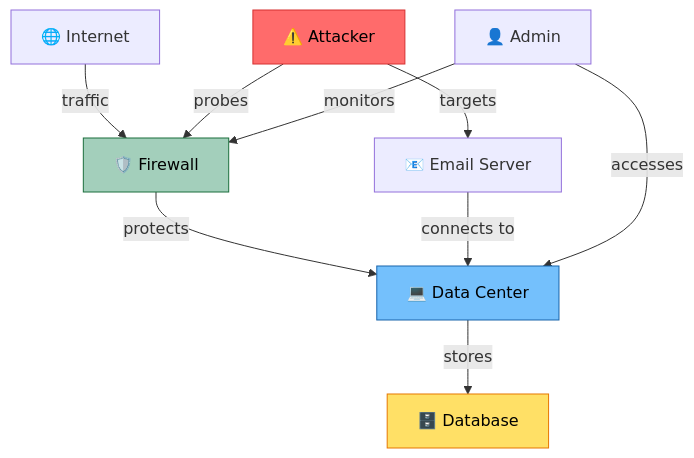
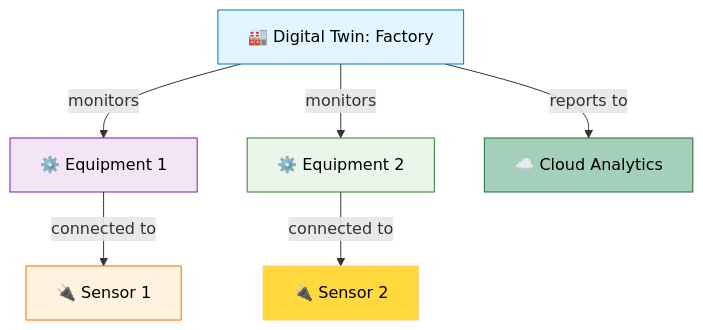
One commit to MicrosoftDocs/dataexplorer-docs changed the third of 4 diagrams in data-explorer/graph-overview.md. Above: the diagram before and after it, drawn with Mermaid. The commit also changed other lines of this file, not shown here.

Commit message:
Revise graph overview documentation: enhance clarity and examples for graph semantics in Kusto

````diff
--- a/data-explorer/graph-overview.md
+++ b/data-explorer/graph-overview.md
@@ -129,16 +93,15 @@
 ```mermaid
 graph TD
-	FW[🛡️ Firewall] -->|protects| DC[💻 Data Center]
-	INT[🌐 Internet] -->|traffic| FW
-	DC -->|stores| DB[🗄️ Database]
-	EM[📧 Email Server] -->|connects to| DC
-	ATT[⚠️ Attacker] -->|probes| FW
-	ATT -->|targets| EM
-	US1[👤 Admin] -->|accesses| DC
-	US1 -->|monitors| FW
-	
-	style ATT fill:#ff6b6b,stroke:#d63031,color:#000
-	style FW fill:#a3cfbb,stroke:#1b6e3c,color:#000
-	style DC fill:#74c0fc,stroke:#1864ab,color:#000
-	style DB fill:#ffe066,stroke:#e67700,color:#000
+    DT1[🏭 Digital Twin: Factory] -->|monitors| EQ1[⚙️ Equipment 1]
+    DT1 -->|monitors| EQ2[⚙️ Equipment 2]
+    EQ1 -->|connected to| S1[🔌 Sensor 1]
+    EQ2 -->|connected to| S2[🔌 Sensor 2]
+    DT1 -->|reports to| CL1[☁️ Cloud Analytics]
+    
+    style DT1 fill:#e1f5fe,stroke:#0277bd,color:#000
+    style EQ1 fill:#f3e5f5,stroke:#7b1fa2,color:#000
+    style EQ2 fill:#e8f5e8,stroke:#2e7d32,color:#000
+    style S1 fill:#fff3e0,stroke:#ef6c00,color:#000
+    style S2 fill:#ffd93d,stroke:#fdcb6e,color:#000
+    style CL1 fill:#a3cfbb,stroke:#1b6e3c,color:#000
 ```
````
